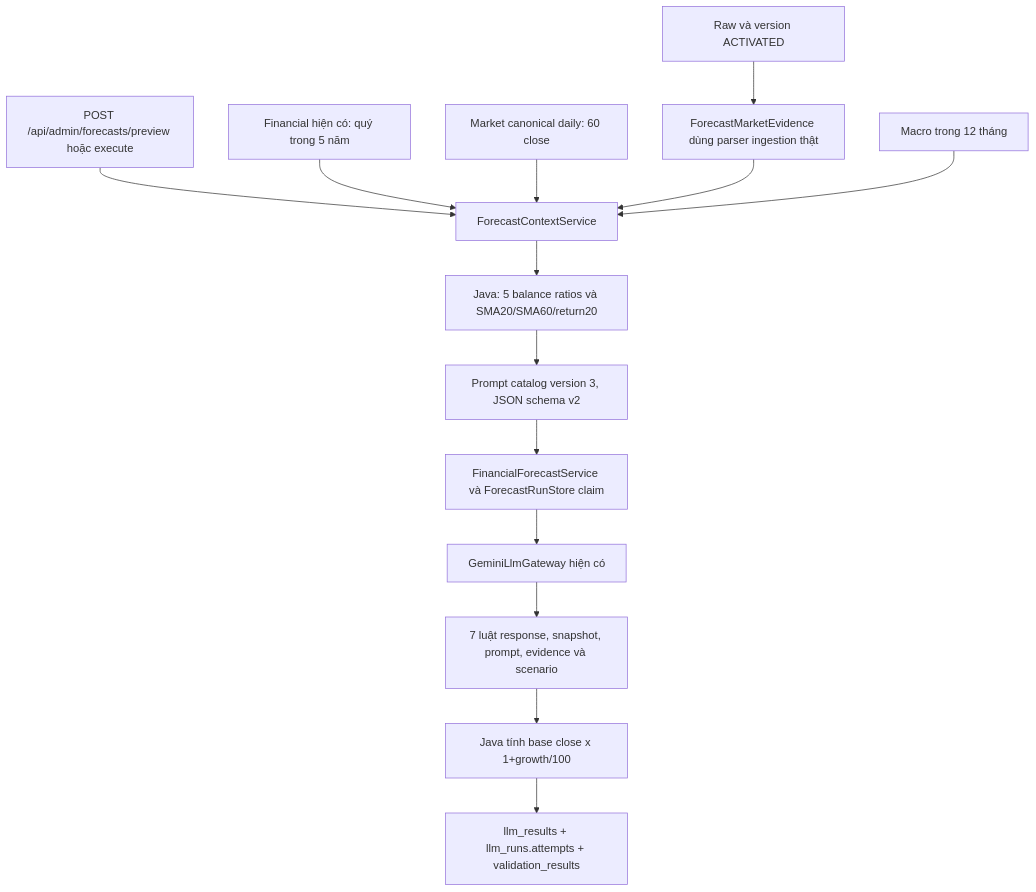
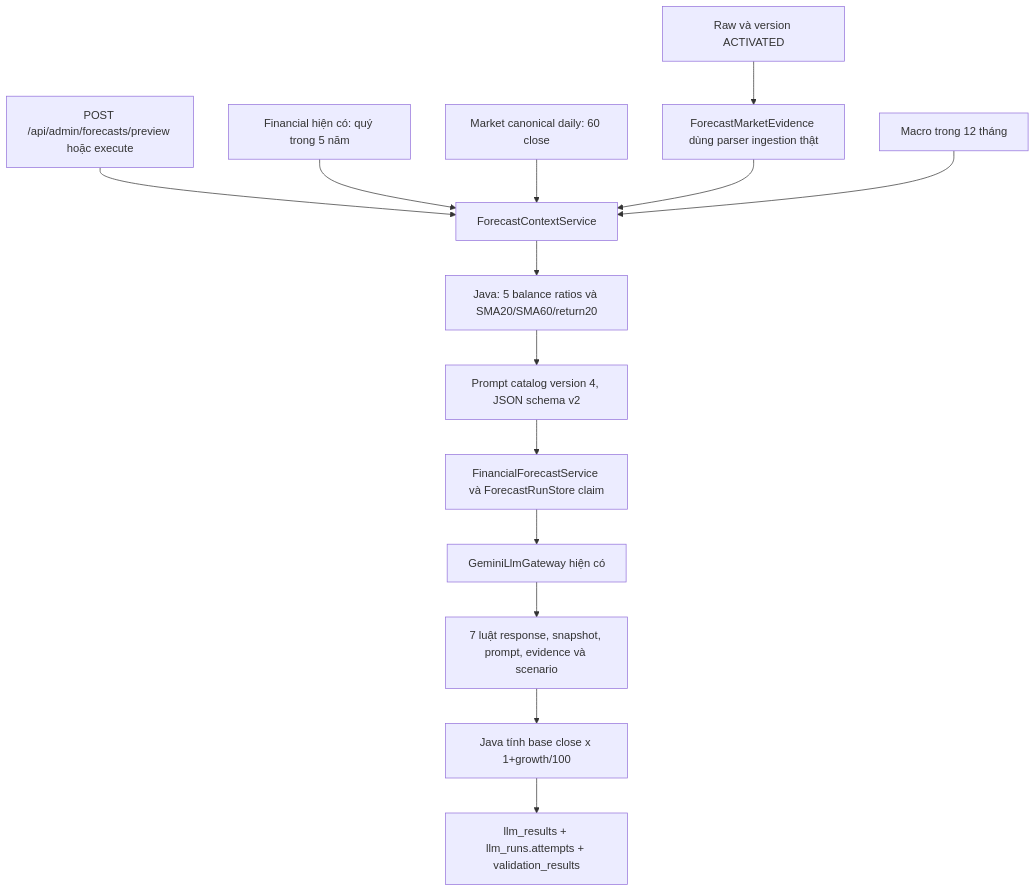
The diagram in docs/STOCK_PRICE_SCENARIOS.md (Lamprro/HE_THONG_DATA_TAI_CHINH_BACKEND_TEST), drawn with Mermaid before and after one commit. The commit also changed other lines of this file and 4 other files, not shown here.

Commit message:
fix(forecast): align macro usage with cited evidence and verify live flow

````diff
--- a/docs/STOCK_PRICE_SCENARIOS.md
+++ b/docs/STOCK_PRICE_SCENARIOS.md
@@ -18,16 +18,16 @@
 ```mermaid
 flowchart TD
   A[POST /api/admin/forecasts/preview hoặc execute] --> C[ForecastContextService]
   F[Financial hiện có: quý trong 5 năm] --> C
   M[Market canonical daily: 60 close] --> C
   R[Raw và version ACTIVATED] --> E[ForecastMarketEvidence dùng parser ingestion thật]
   E --> C
   X[Macro trong 12 tháng] --> C
   C --> J[Java: 5 balance ratios và SMA20/SMA60/return20]
-  J --> P[Prompt catalog version 3, JSON schema v2]
+  J --> P[Prompt catalog version 4, JSON schema v2]
   P --> S[FinancialForecastService và ForecastRunStore claim]
   S --> G[GeminiLlmGateway hiện có]
   G --> V[7 luật response, snapshot, prompt, evidence và scenario]
   V --> K[Java tính base close x 1+growth/100]
   K --> O[llm_results + llm_runs.attempts + validation_results]
 ```
````
